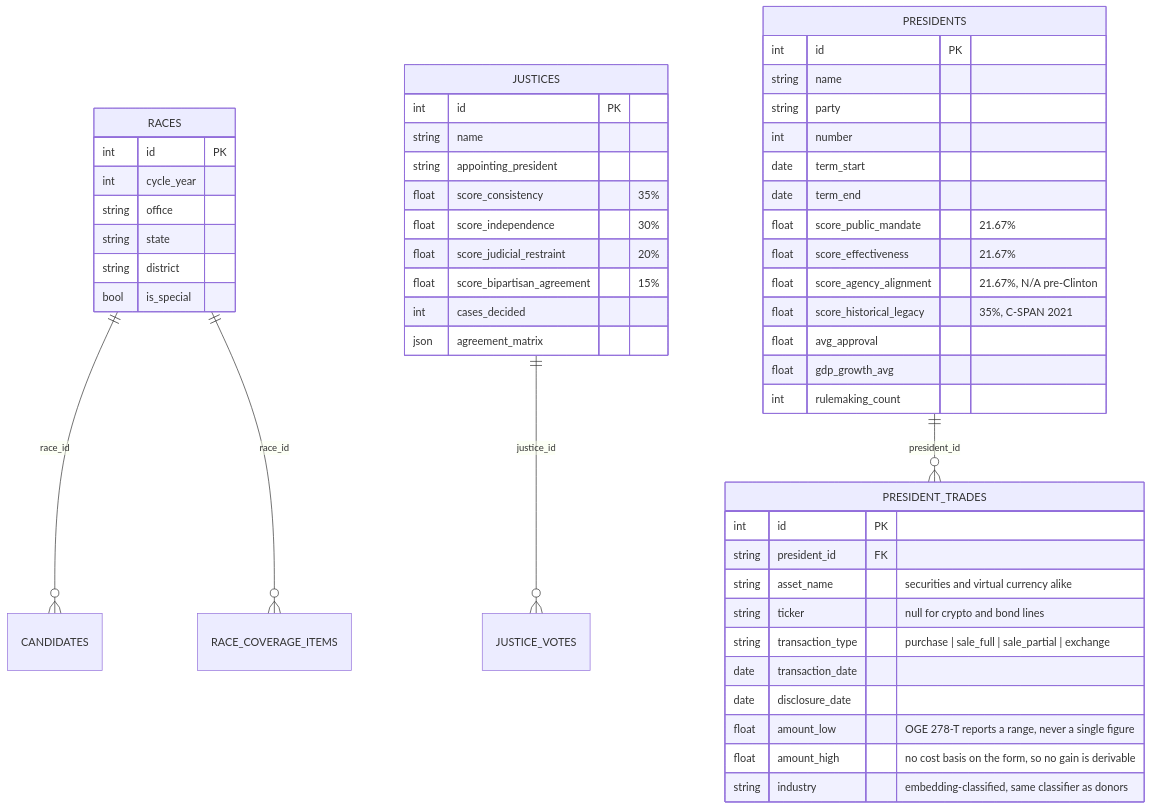
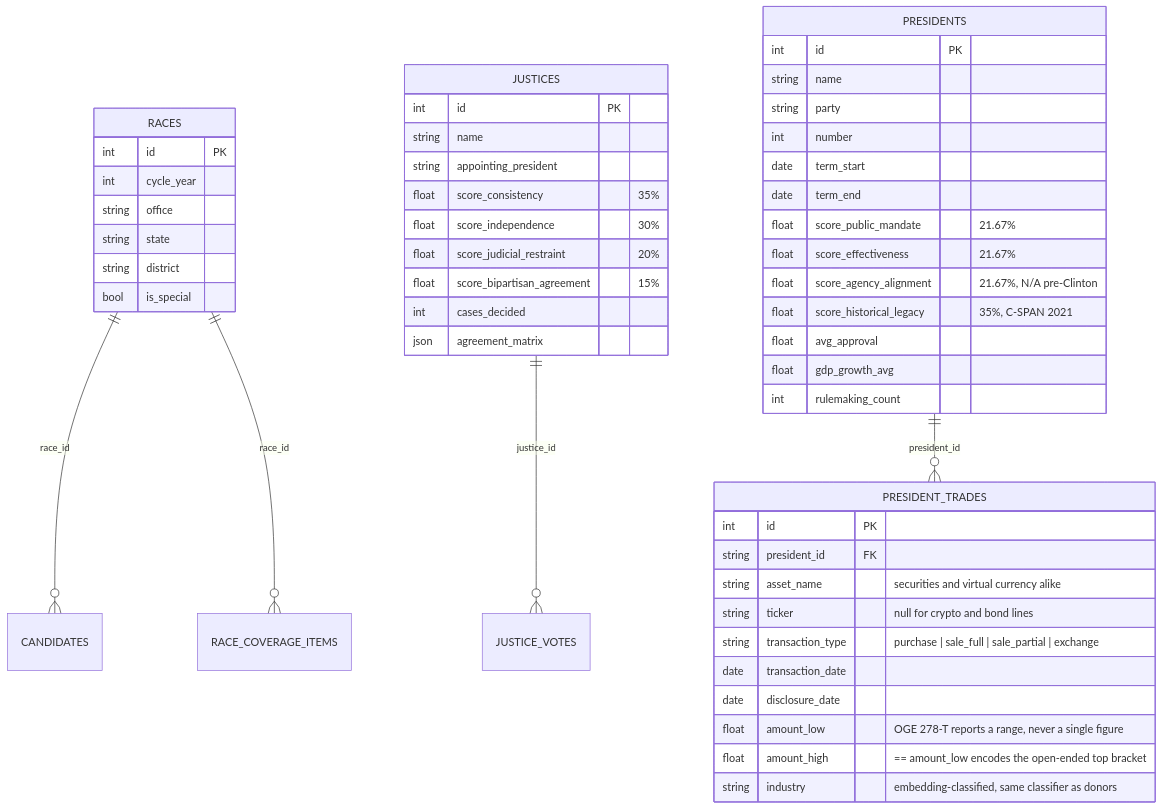
One commit to kamoras/civitas changed the second of 4 diagrams in docs/diagrams/07-data-model.md. Above: the diagram before and after it, drawn with Mermaid. The commit also changed 1 other file, not shown here.

Commit message:
docs: record the open-ended-bracket encoding and single-serializer rule
Claude-Session: https://claude.ai/code/session_01MwS4EWZGbEhTtRuyF8RhFj

````diff
--- a/docs/diagrams/07-data-model.md
+++ b/docs/diagrams/07-data-model.md
@@ -79,57 +79,57 @@
 ```mermaid
 erDiagram
     RACES ||--o{ CANDIDATES : "race_id"
     RACES ||--o{ RACE_COVERAGE_ITEMS : "race_id"
     JUSTICES ||--o{ JUSTICE_VOTES : "justice_id"
     PRESIDENTS ||--o{ PRESIDENT_TRADES : "president_id"
 
     PRESIDENTS {
         int id PK
         string name
         string party
         int number
         date term_start
         date term_end
         float score_public_mandate "21.67%"
         float score_effectiveness "21.67%"
         float score_agency_alignment "21.67%, N/A pre-Clinton"
         float score_historical_legacy "35%, C-SPAN 2021"
         float avg_approval
         float gdp_growth_avg
         int rulemaking_count
     }
 
     PRESIDENT_TRADES {
         int id PK
         string president_id FK
         string asset_name "securities and virtual currency alike"
         string ticker "null for crypto and bond lines"
         string transaction_type "purchase | sale_full | sale_partial | exchange"
         date transaction_date
         date disclosure_date
         float amount_low "OGE 278-T reports a range, never a single figure"
-        float amount_high "no cost basis on the form, so no gain is derivable"
+        float amount_high "== amount_low encodes the open-ended top bracket"
         string industry "embedding-classified, same classifier as donors"
     }
 
     JUSTICES {
         int id PK
         string name
         string appointing_president
         float score_consistency "35%"
         float score_independence "30%"
         float score_judicial_restraint "20%"
         float score_bipartisan_agreement "15%"
         int cases_decided
         json agreement_matrix
     }
 
     RACES {
         int id PK
         int cycle_year
         string office
         string state
         string district
         bool is_special
     }
 ```
````
